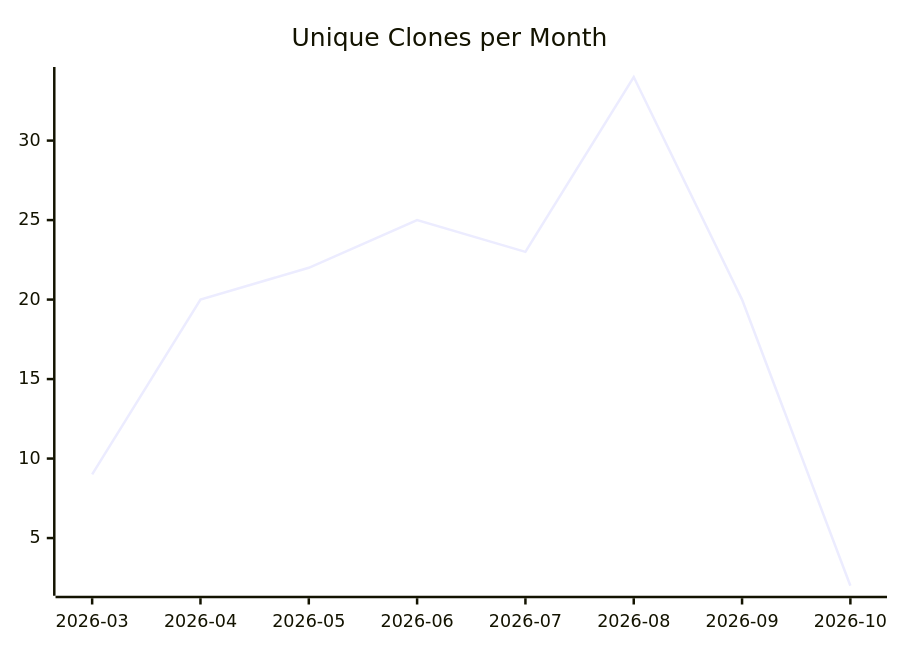
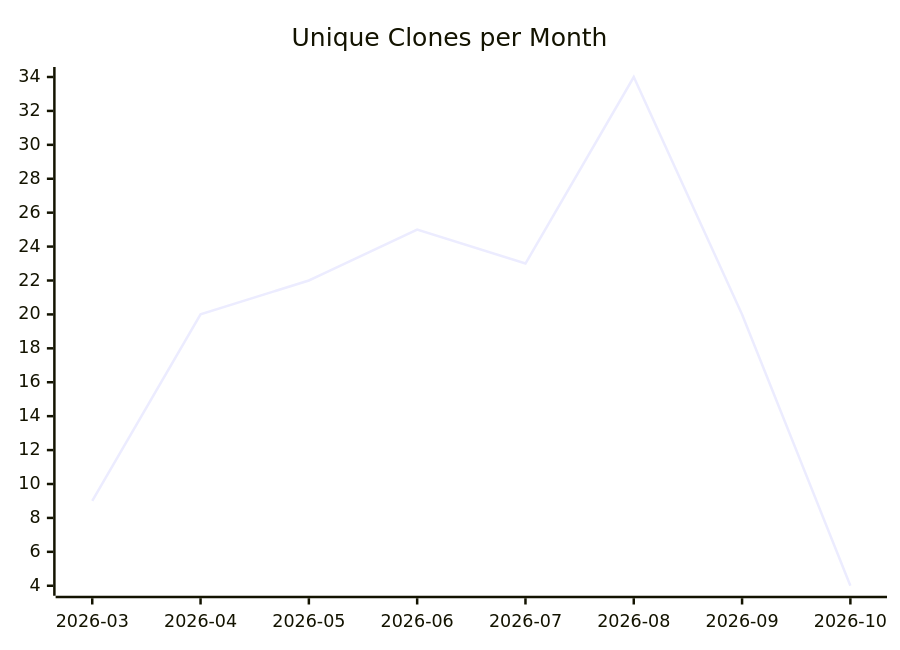
One commit to justdavis-family/github-analytics-data changed the third of 3 diagrams in karlmdavis/kxml2/README.md. Above: the diagram before and after it, drawn with Mermaid. The commit also changed other lines of this file and 202 other files, not shown here.

````diff
--- a/karlmdavis/kxml2/README.md
+++ b/karlmdavis/kxml2/README.md
@@ -19,6 +19,6 @@
 ```mermaid
 xychart-beta
   title "Unique Clones per Month"
   x-axis ["2026-03", "2026-04", "2026-05", "2026-06", "2026-07", "2026-08", "2026-09", "2026-10"]
-  line [9, 20, 22, 25, 23, 34, 20, 2]
+  line [9, 20, 22, 25, 23, 34, 20, 4]
 ```
````
